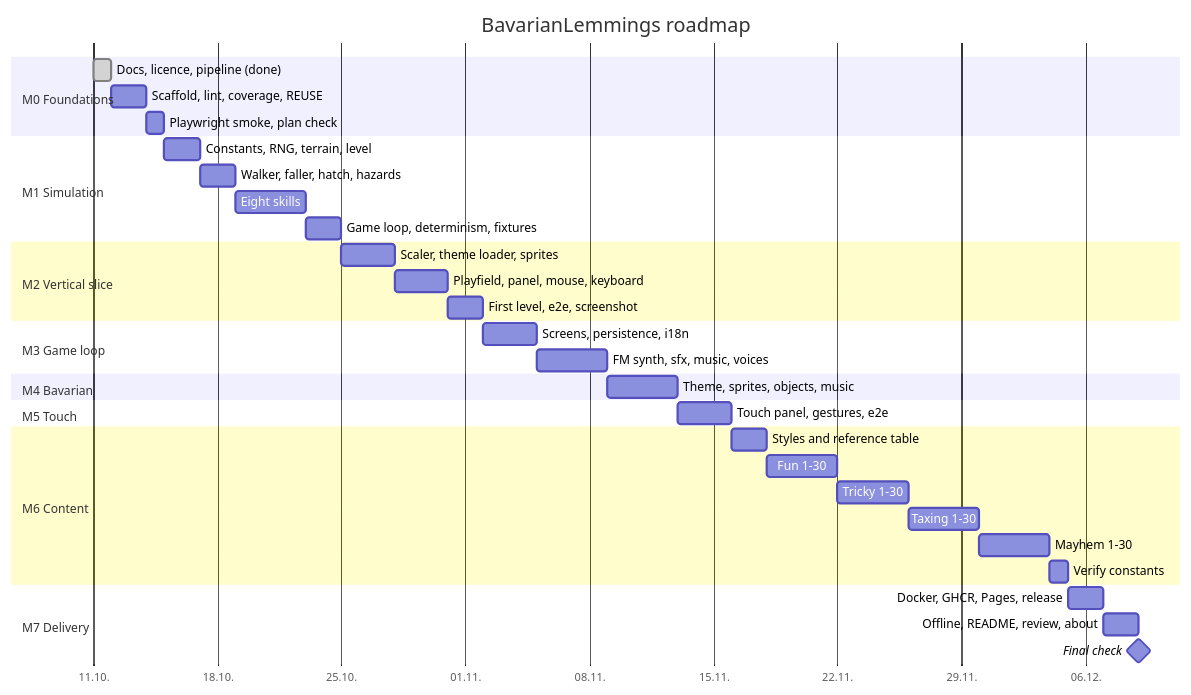
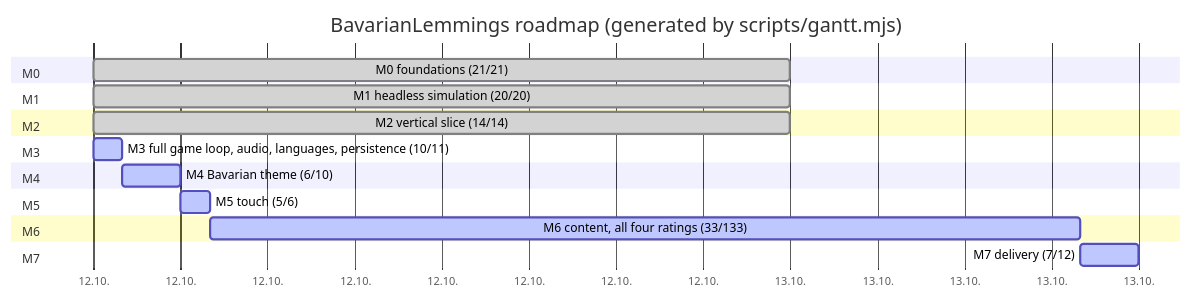
Before and after one commit to marcelpetrick/BavarianLemmings: the diagram in plan.md, drawn with Mermaid. The commit also changed other lines of this file and 6 other files, not shown here.

First line of the commit message:
build: generate the roadmap Gantt chart from plan.md (v0.1.27)

````diff
--- a/plan.md
+++ b/plan.md
@@ -41,37 +43,22 @@
 ```mermaid
 gantt
-    title BavarianLemmings roadmap
+    title BavarianLemmings roadmap (generated by scripts/gantt.mjs)
     dateFormat  YYYY-MM-DD
     axisFormat  %d.%m.
-    section M0 Foundations
-    Docs, licence, pipeline (done)      :done, m0a, 2026-10-11, 1d
-    Scaffold, lint, coverage, REUSE     :m0b, 2026-10-12, 2d
-    Playwright smoke, plan check        :m0c, after m0b, 1d
-    section M1 Simulation
-    Constants, RNG, terrain, level      :m1a, after m0c, 2d
-    Walker, faller, hatch, hazards      :m1b, after m1a, 2d
-    Eight skills                        :m1c, after m1b, 4d
-    Game loop, determinism, fixtures    :m1d, after m1c, 2d
-    section M2 Vertical slice
-    Scaler, theme loader, sprites       :m2a, after m1d, 3d
-    Playfield, panel, mouse, keyboard   :m2b, after m2a, 3d
-    First level, e2e, screenshot        :m2c, after m2b, 2d
-    section M3 Game loop
-    Screens, persistence, i18n          :m3a, after m2c, 3d
-    FM synth, sfx, music, voices        :m3b, after m3a, 4d
-    section M4 Bavarian
-    Theme, sprites, objects, music      :m4a, after m3b, 4d
-    section M5 Touch
-    Touch panel, gestures, e2e          :m5a, after m4a, 3d
-    section M6 Content
-    Styles and reference table          :m6a, after m5a, 2d
-    Fun 1-30                            :m6b, after m6a, 4d
-    Tricky 1-30                         :m6c, after m6b, 4d
-    Taxing 1-30                         :m6d, after m6c, 4d
-    Mayhem 1-30                         :m6e, after m6d, 4d
-    Verify constants                    :m6f, after m6e, 1d
-    section M7 Delivery
-    Docker, GHCR, Pages, release        :m7a, after m6f, 2d
-    Offline, README, review, about      :m7b, after m7a, 2d
-    Final check                         :milestone, m7c, after m7b, 0d
+    section M0
+    M0 foundations (21/21) :done, m0, 2026-10-12, 1d
+    section M1
+    M1 headless simulation (20/20) :done, m1, 2026-10-12, 1d
+    section M2
+    M2 vertical slice (14/14) :done, m2, 2026-10-12, 1d
+    section M3
+    M3 full game loop, audio, languages, persistence (10/11) :active, m3, 2026-10-12, 1h
+    section M4
+    M4 Bavarian theme (6/10) :active, m4, after m3, 2h
+    section M5
+    M5 touch (5/6) :active, m5, after m4, 1h
+    section M6
+    M6 content, all four ratings (33/133) :active, m6, after m5, 30h
+    section M7
+    M7 delivery (7/12) :active, m7, after m6, 2h
 ```
````
